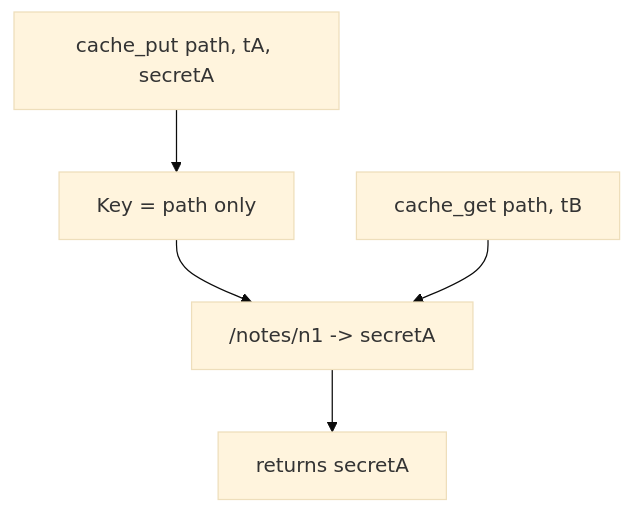
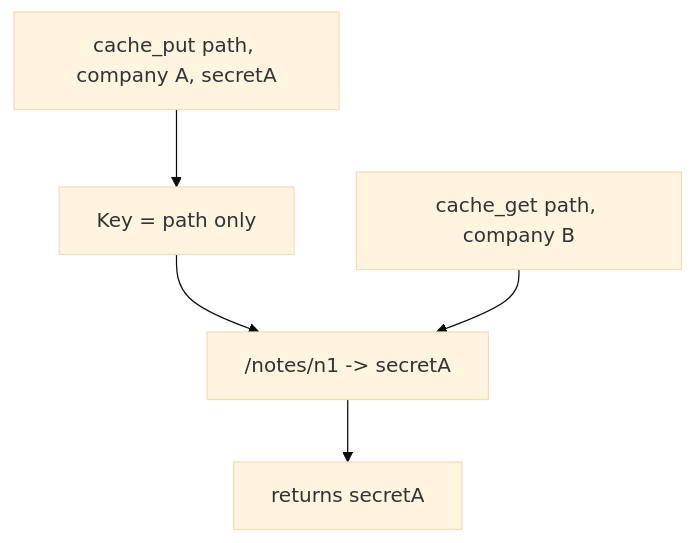
The diagram in content/modules/2/2.2/lessons/03-break.md (ishitvagoel/LearnSecurity), drawn with Mermaid (base theme) before and after one commit. The commit also changed other lines of this file and 7 other files, not shown here.

````diff
--- a/content/modules/2/2.2/lessons/03-break.md
+++ b/content/modules/2/2.2/lessons/03-break.md
@@ -15,7 +22,7 @@
 ```mermaid
 flowchart TD
-  Put["cache_put path, tA, secretA"] --> Key["Key = path only"]
+  Put["cache_put path, company A, secretA"] --> Key["Key = path only"]
   Key --> Slot["/notes/n1 -> secretA"]
-  Get["cache_get path, tB"] --> Slot
+  Get["cache_get path, company B"] --> Slot
   Slot --> Leak["returns secretA"]
 ```
````
